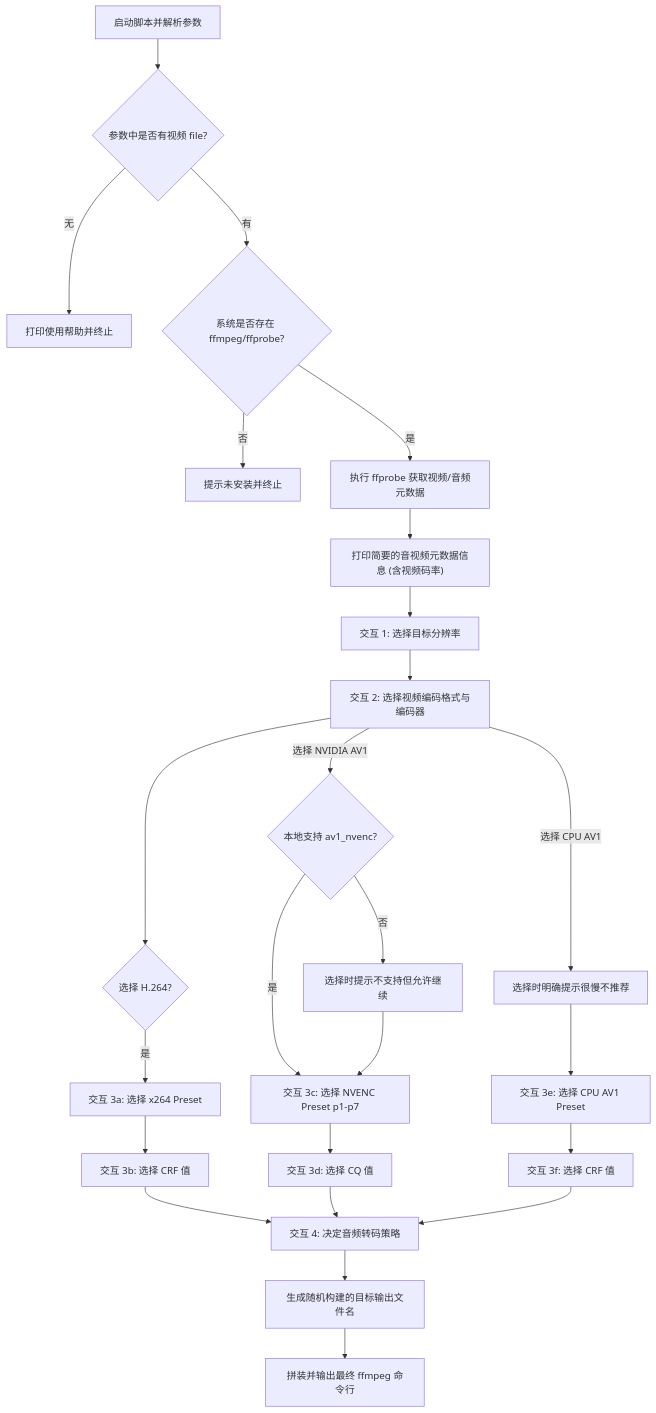
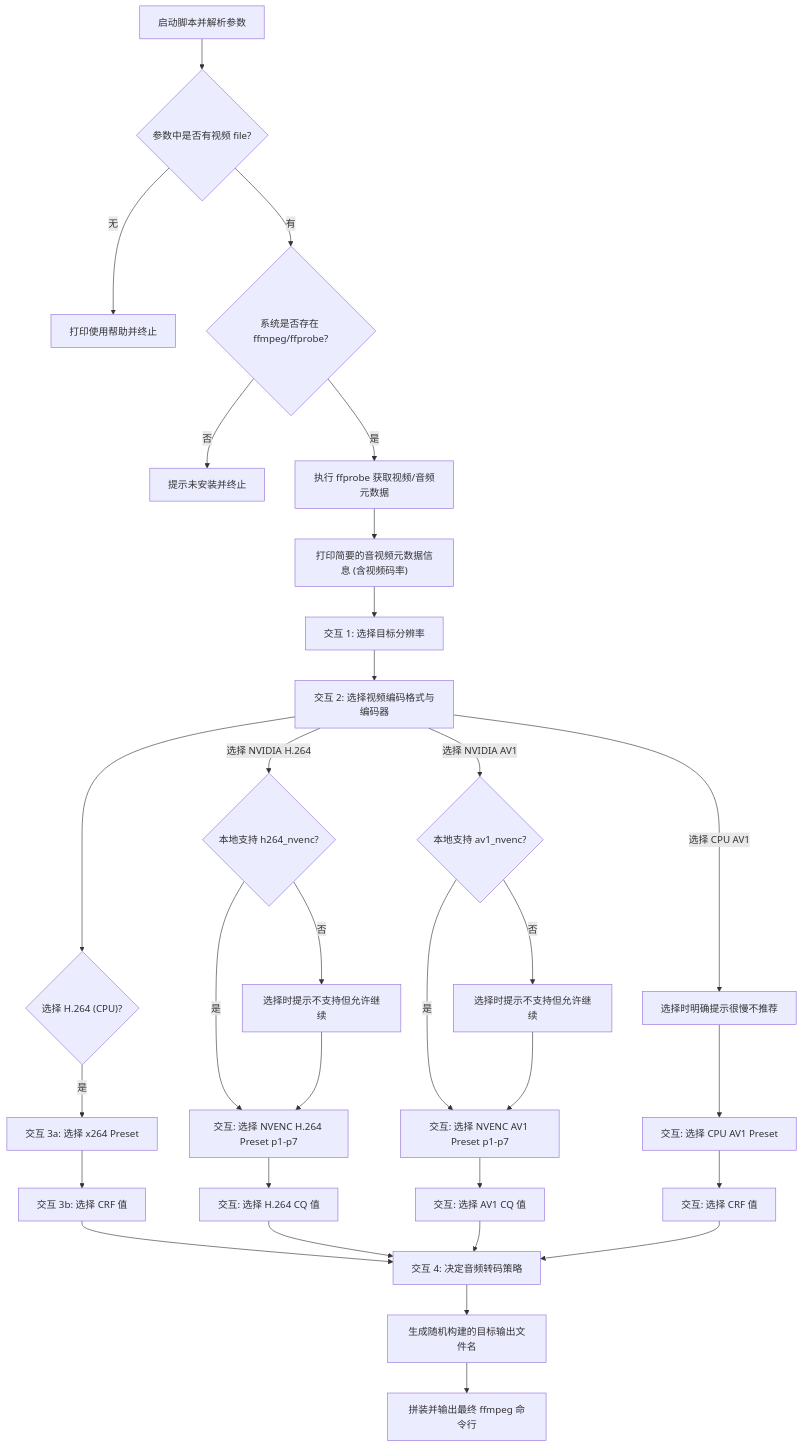
Before and after one commit to qiyon/fvthlp: the diagram in doc/design.md, drawn with Mermaid. The commit also changed other lines of this file and 1 other file, not shown here.

````diff
--- a/doc/design.md
+++ b/doc/design.md
@@ -38,27 +38,33 @@
 ```mermaid
 graph TD
     A["启动脚本并解析参数"] --> B{"参数中是否有视频 file?"}
     B -- 无 --> C["打印使用帮助并终止"]
     B -- 有 --> D{"系统是否存在 ffmpeg/ffprobe?"}
     D -- 否 --> E["提示未安装并终止"]
     D -- 是 --> F["执行 ffprobe 获取视频/音频元数据"]
     F --> G["打印简要的音视频元数据信息 (含视频码率)"]
     G --> H["交互 1: 选择目标分辨率"]
     H --> I["交互 2: 选择视频编码格式与编码器"]
-    I --> J1{"选择 H.264?"}
-    J1 -- 是 --> J2["交互 3a: 选择 x264 Preset"]
-    J2 --> J3["交互 3b: 选择 CRF 值"]
-    I -- "选择 NVIDIA AV1" --> J4{"本地支持 av1_nvenc?"}
-    J4 -- 否 --> J4w["选择时提示不支持但允许继续"]
-    J4 -- 是 --> J5
-    J4w --> J5["交互 3c: 选择 NVENC Preset p1-p7"]
-    J5 --> J6["交互 3d: 选择 CQ 值"]
-    I -- "选择 CPU AV1" --> J7w["选择时明确提示很慢不推荐"]
-    J7w --> J7["交互 3e: 选择 CPU AV1 Preset"]
-    J7 --> J8["交互 3f: 选择 CRF 值"]
-    J3 --> K["交互 4: 决定音频转码策略"]
-    J6 --> K
-    J8 --> K
+    I --> Jc{"选择 H.264 (CPU)?"}
+    Jc -- 是 --> Jc1["交互 3a: 选择 x264 Preset"]
+    Jc1 --> Jc2["交互 3b: 选择 CRF 值"]
+    I -- "选择 NVIDIA H.264" --> Jh{"本地支持 h264_nvenc?"}
+    Jh -- 否 --> Jhw["选择时提示不支持但允许继续"]
+    Jh -- 是 --> Jh1
+    Jhw --> Jh1["交互: 选择 NVENC H.264 Preset p1-p7"]
+    Jh1 --> Jh2["交互: 选择 H.264 CQ 值"]
+    I -- "选择 NVIDIA AV1" --> Ja{"本地支持 av1_nvenc?"}
+    Ja -- 否 --> Jaw["选择时提示不支持但允许继续"]
+    Ja -- 是 --> Ja1
+    Jaw --> Ja1["交互: 选择 NVENC AV1 Preset p1-p7"]
+    Ja1 --> Ja2["交互: 选择 AV1 CQ 值"]
+    I -- "选择 CPU AV1" --> Jsw["选择时明确提示很慢不推荐"]
+    Jsw --> Js1["交互: 选择 CPU AV1 Preset"]
+    Js1 --> Js2["交互: 选择 CRF 值"]
+    Jc2 --> K["交互 4: 决定音频转码策略"]
+    Jh2 --> K
+    Ja2 --> K
+    Js2 --> K
     K --> L["生成随机构建的目标输出文件名"]
     L --> M["拼装并输出最终 ffmpeg 命令行"]
 ```
````
